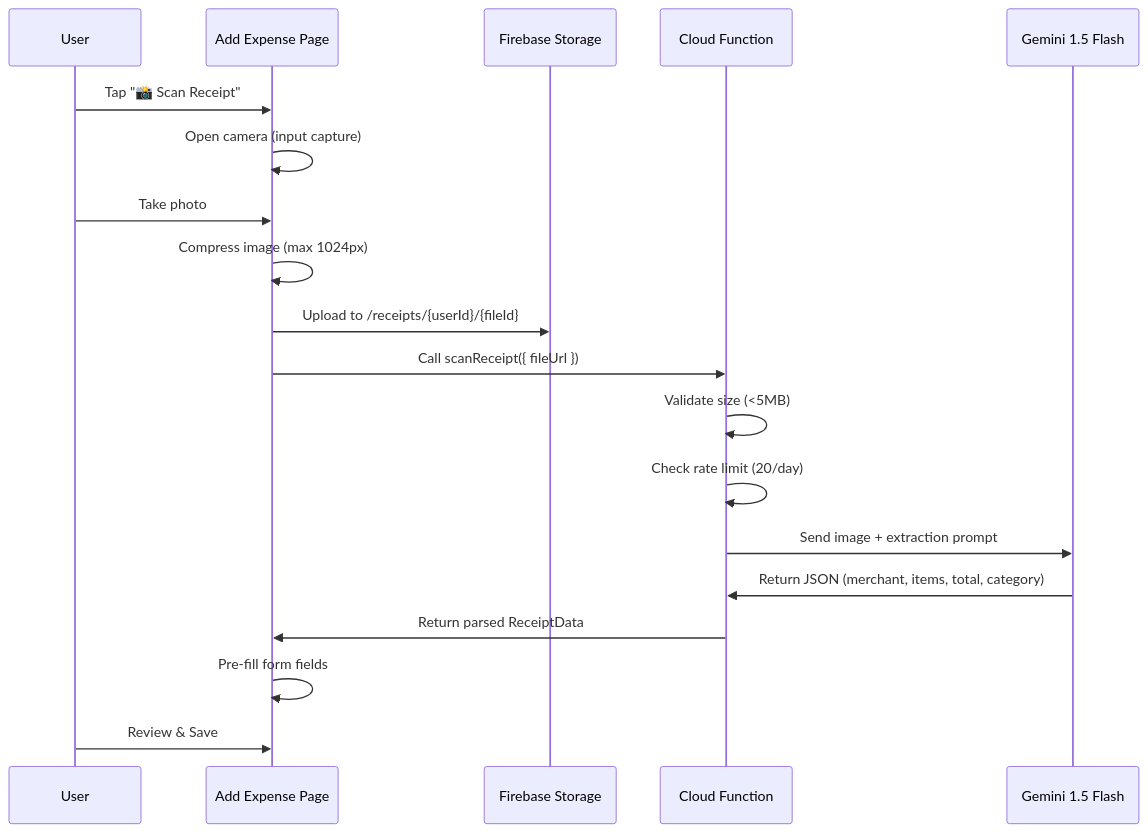
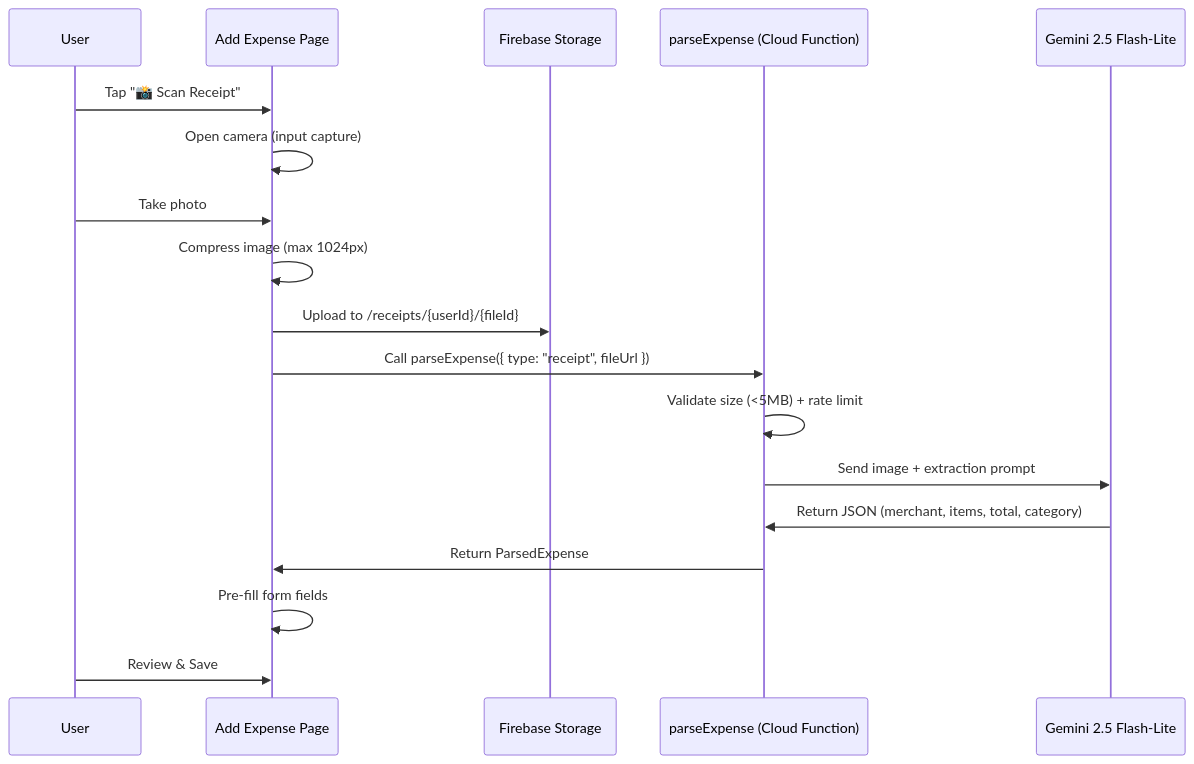
Before and after one commit to nana0314/Projects: the first of 2 diagrams in Smart Split/PHASE4_RECEIPT_SCANNING.md, drawn with Mermaid. The commit also changed other lines of this file and 6101 other files, not shown here.

Commit message:
feat: AI-powered expense parsing with OCR receipt scanning and NLP text chat

````diff
--- a/Smart Split/PHASE4_RECEIPT_SCANNING.md
+++ b/Smart Split/PHASE4_RECEIPT_SCANNING.md
@@ -19,22 +24,21 @@
 ```mermaid
 sequenceDiagram
     participant User
     participant App as Add Expense Page
     participant Storage as Firebase Storage
-    participant CF as Cloud Function
-    participant AI as Gemini 1.5 Flash
+    participant CF as parseExpense (Cloud Function)
+    participant AI as Gemini 2.5 Flash-Lite
 
     User->>App: Tap "📸 Scan Receipt"
     App->>App: Open camera (input capture)
     User->>App: Take photo
     App->>App: Compress image (max 1024px)
     App->>Storage: Upload to /receipts/{userId}/{fileId}
-    App->>CF: Call scanReceipt({ fileUrl })
-    CF->>CF: Validate size (<5MB)
-    CF->>CF: Check rate limit (20/day)
+    App->>CF: Call parseExpense({ type: "receipt", fileUrl })
+    CF->>CF: Validate size (<5MB) + rate limit
     CF->>AI: Send image + extraction prompt
     AI->>CF: Return JSON (merchant, items, total, category)
-    CF->>App: Return parsed ReceiptData
+    CF->>App: Return ParsedExpense
     App->>App: Pre-fill form fields
     User->>App: Review & Save
 ```
````
